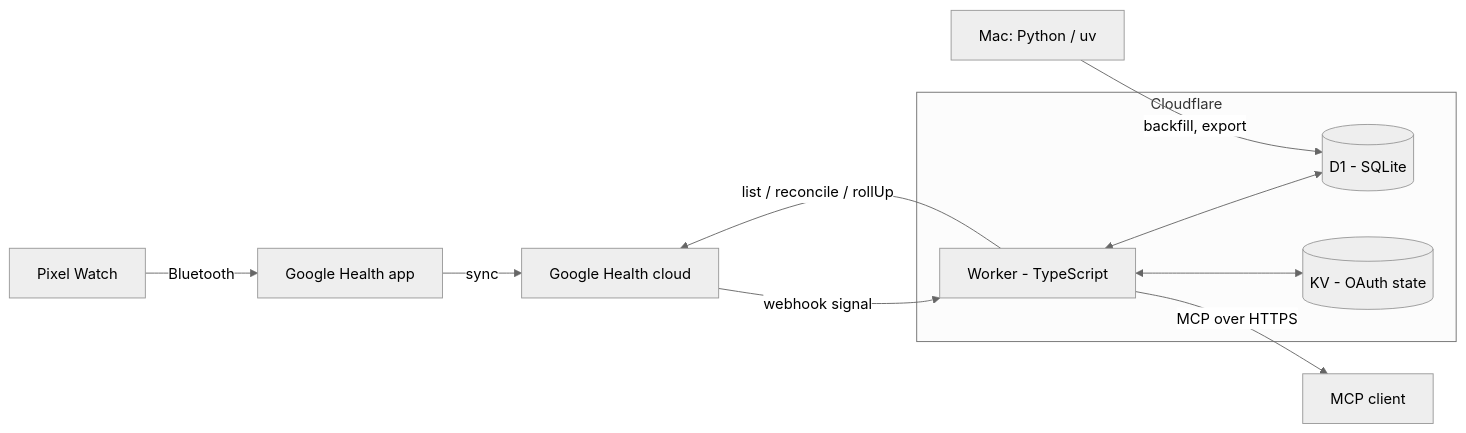
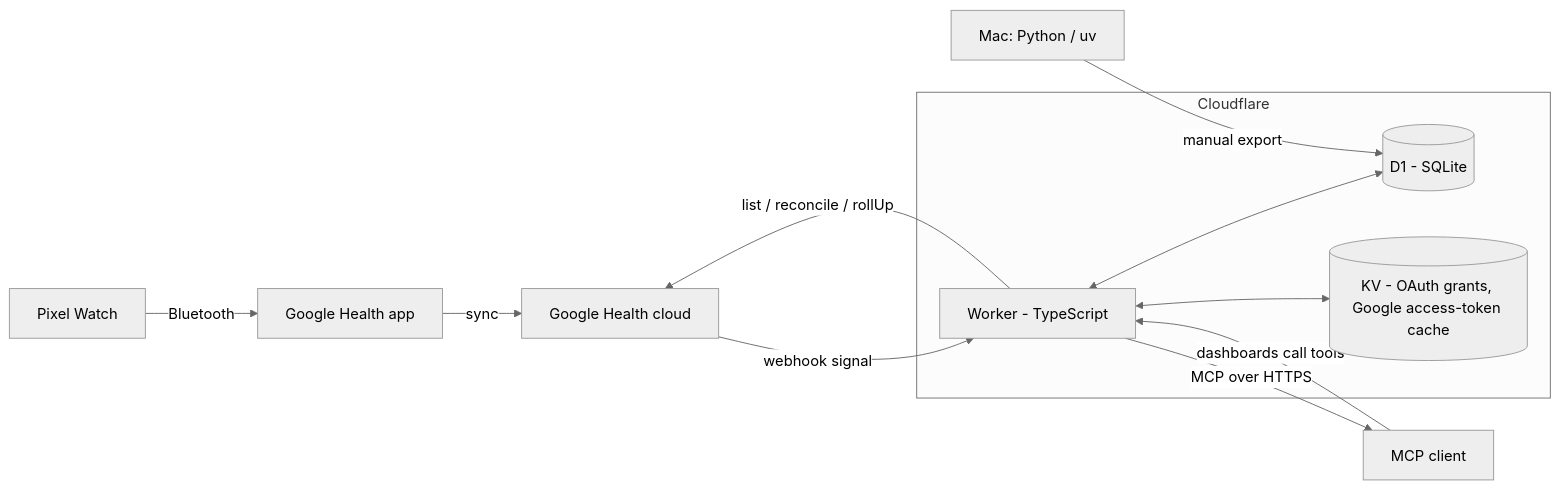
Before and after one commit to deluispablo/health-tracker: the diagram in README.md, drawn with Mermaid (neutral theme). The commit also changed other lines of this file, not shown here.

````diff
--- a/README.md
+++ b/README.md
@@ -51,16 +47,17 @@
 ```mermaid
 flowchart LR
     W[Pixel Watch] -- Bluetooth --> A[Google Health app]
     A -- sync --> G[Google Health cloud]
     G -- webhook signal --> K
     K -- list / reconcile / rollUp --> G
     subgraph CF[Cloudflare]
         K[Worker - TypeScript]
         D[(D1 - SQLite)]
-        V[(KV - OAuth state)]
+        V[(KV - OAuth grants, Google access-token cache)]
         K <--> D
         K <--> V
     end
     K -- MCP over HTTPS --> C[MCP client]
-    P[Mac: Python / uv] -- backfill, export --> D
+    C -- dashboards call tools --> K
+    P[Mac: Python / uv] -- manual export --> D
 ```
````
